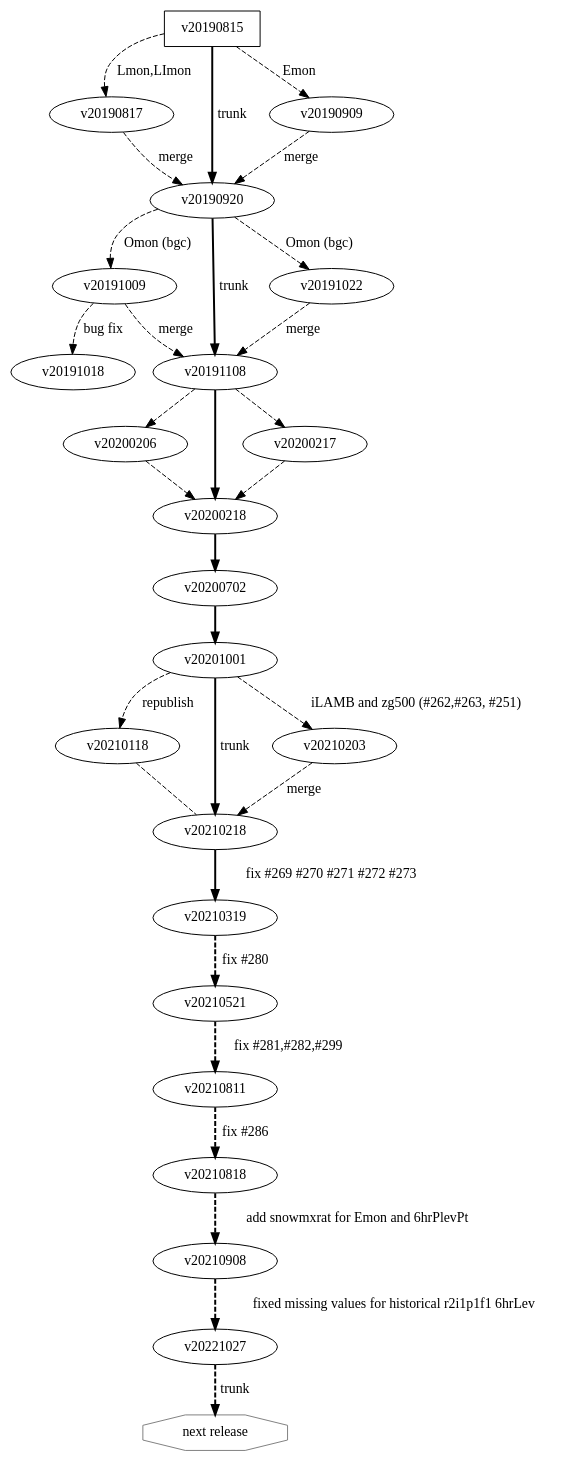
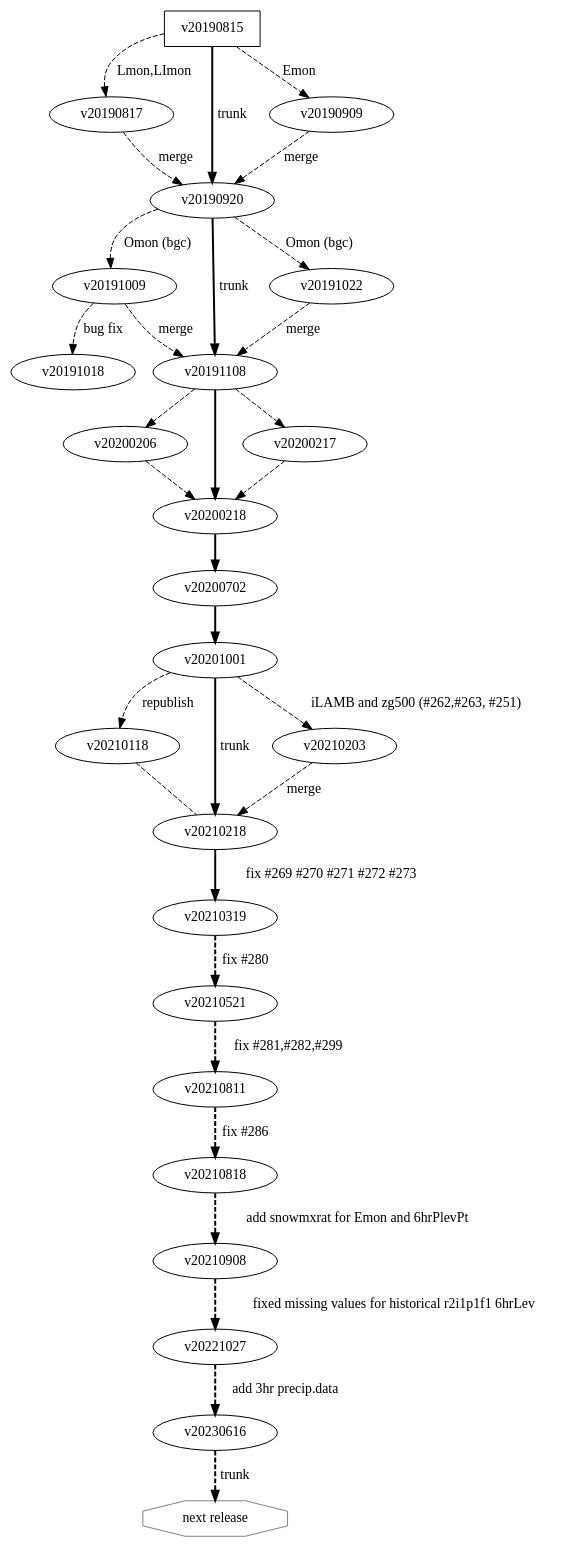
Before and after one commit to NorESMhub/noresm2cmor: the diagram in versions/versions.gv, drawn with Graphviz. The commit also changed 8 other files, not shown here.

```diff
--- a/versions/versions.gv
+++ b/versions/versions.gv
@@ -1,36 +1,37 @@
  digraph G {
    v20190815 [shape=box;label="v20190815"];
    "next release" [shape=octagon;color=gray;label="next release"];
    //v20190920 [shape=box];
    //v20191108 [shape=box];
    v20190815 -> v20190817 [style=dashed,label="Lmon,LImon"];
    v20190815 -> v20190920 [penwidth=2.0,weight="2",label="trunk"];
    v20190815 -> v20190909 [style=dashed,label="Emon"];
    v20190817 -> v20190920 [style=dashed,label="merge"];
    v20190909 -> v20190920 [style=dashed,label="merge"];
    v20190920 -> v20191009 [style=dashed,weight="1",label="Omon (bgc)"];
    v20190920 -> v20191108 [penwidth=2.0,wegith="2",label="trunk"];
    v20190920 -> v20191022 [style=dashed,weight="1",label="Omon (bgc)"];
    v20191009 -> v20191018 [style=dashed,wegith="1",label="bug fix"];
    v20191009 -> v20191108 [style=dashed,wegith="1",label="merge"];
    v20191022 -> v20191108 [style=dashed,wegith="1",label="merge"];
    v20191108 -> v20200206 [style=dashed,weigth="1"];
    v20200206 -> v20200218 [style=dashed,weigth="1"];
    v20191108 -> v20200218 [penwidth=2.0,weigth="2"];
    v20191108 -> v20200217 [style=dashed,weigth="1"];
    v20200217 -> v20200218 [style=dashed,weigth="1"];
    v20200218 -> v20200702 [penwidth=2.0,weigth="2"];
    v20200702 -> v20201001 [penwidth=2.0,weigth="2"];
    v20201001 -> v20210118 [penwidth=1.0,style=dashed,weigth="1",label="republish"];
    v20210118 -> v20210218 [penwidth=1.0,arrowhead=none,style=dashed,weigth="1"];
    v20201001 -> v20210218 [style=solid,penwidth=2.0,weigth="2",label="trunk"];
    v20201001 -> v20210203 [penwidth=1.0,style=dashed,weigth="1",label="iLAMB and zg500 (#262,#263, #251)"];
    v20210203 -> v20210218 [style=dashed,penwidth=1.0,weigth="1",label="merge"];
    v20210218 -> v20210319 [style=solid,penwidth=2.0,weigth="1",label="fix #269 #270 #271 #272 #273"];
    v20210319 -> "v20210521" [style=dashed;penwidth=2.0;label="fix #280"];
    v20210521 -> "v20210811" [style=dashed;penwidth=2.0;label="fix #281,#282,#299"];
    v20210811 -> "v20210818" [style=dashed;penwidth=2.0;label="fix #286"];
    v20210818 -> "v20210908" [style=dashed;penwidth=2.0;label="add snowmxrat for Emon and 6hrPlevPt"];
    v20210908 -> "v20221027" [style=dashed;penwidth=2.0;label="fixed missing values for historical r2i1p1f1 6hrLev"];
-   v20221027 -> "next release" [style=dashed;penwidth=2.0;label="trunk"];
+   v20221027 -> "v20230616" [style=dashed;penwidth=2.0;label="add 3hr precip.data"];
+   v20230616 -> "next release" [style=dashed;penwidth=2.0;label="trunk"];
  }
```
